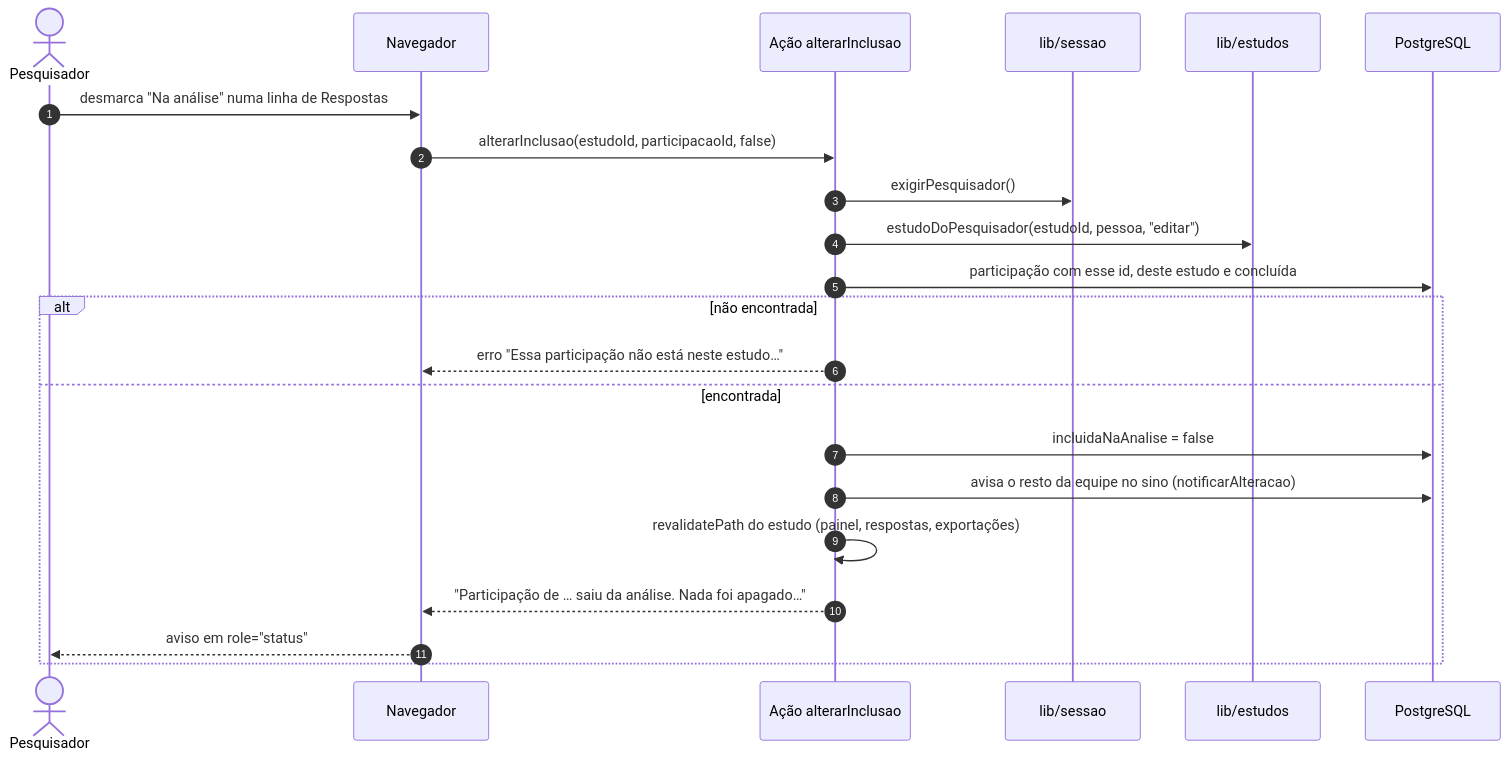
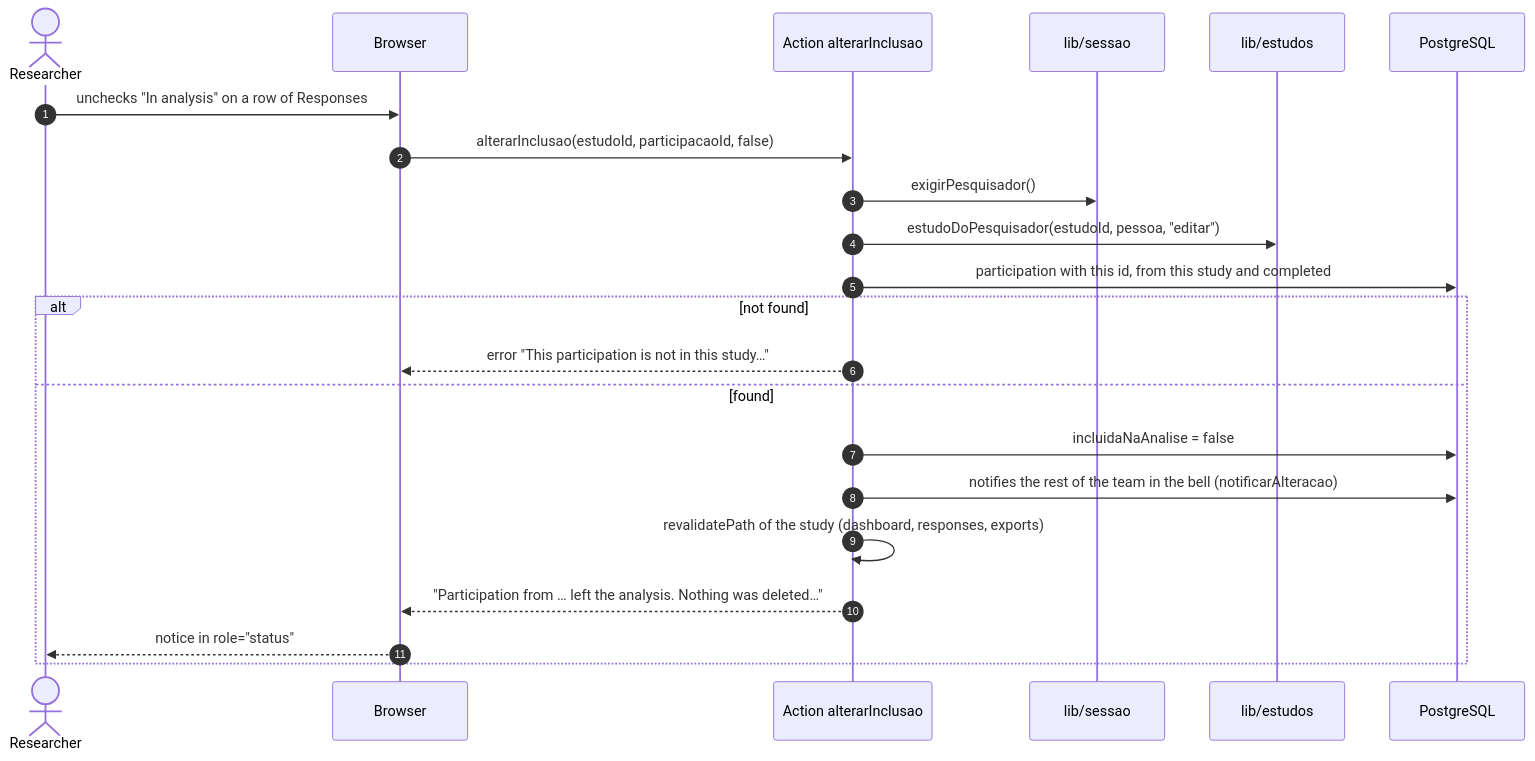
One commit to gabrielfjm/ueq_form_ihc changed the fourth of 8 diagrams in docs/documentacao/diagramas-de-sequencia.md. Above: the diagram before and after it, drawn with Mermaid. The commit also changed other lines of this file and 151 other files, not shown here.

First line of the commit message:
mostra a documentação no idioma da interface, com os diagramas em inglês

````diff
--- a/docs/documentacao/diagramas-de-sequencia.md
+++ b/docs/documentacao/diagramas-de-sequencia.md
@@ -202,25 +202,25 @@
 ```mermaid
 sequenceDiagram
     autonumber
-    actor Pesq as Pesquisador
-    participant Nav as Navegador
-    participant Acao as Ação alterarInclusao
+    actor Pesq as Researcher
+    participant Nav as Browser
+    participant Acao as Action alterarInclusao
     participant Sessao as lib/sessao
     participant Estudos as lib/estudos
     participant BD as PostgreSQL
 
-    Pesq->>Nav: desmarca "Na análise" numa linha de Respostas
+    Pesq->>Nav: unchecks "In analysis" on a row of Responses
     Nav->>Acao: alterarInclusao(estudoId, participacaoId, false)
     Acao->>Sessao: exigirPesquisador()
     Acao->>Estudos: estudoDoPesquisador(estudoId, pessoa, "editar")
-    Acao->>BD: participação com esse id, deste estudo e concluída
-    alt não encontrada
-        Acao-->>Nav: erro "Essa participação não está neste estudo…"
-    else encontrada
+    Acao->>BD: participation with this id, from this study and completed
+    alt not found
+        Acao-->>Nav: error "This participation is not in this study…"
+    else found
         Acao->>BD: incluidaNaAnalise = false
-        Acao->>BD: avisa o resto da equipe no sino (notificarAlteracao)
-        Acao->>Acao: revalidatePath do estudo (painel, respostas, exportações)
-        Acao-->>Nav: "Participação de … saiu da análise. Nada foi apagado…"
-        Nav-->>Pesq: aviso em role="status"
+        Acao->>BD: notifies the rest of the team in the bell (notificarAlteracao)
+        Acao->>Acao: revalidatePath of the study (dashboard, responses, exports)
+        Acao-->>Nav: "Participation from … left the analysis. Nothing was deleted…"
+        Nav-->>Pesq: notice in role="status"
     end
 ```
````
